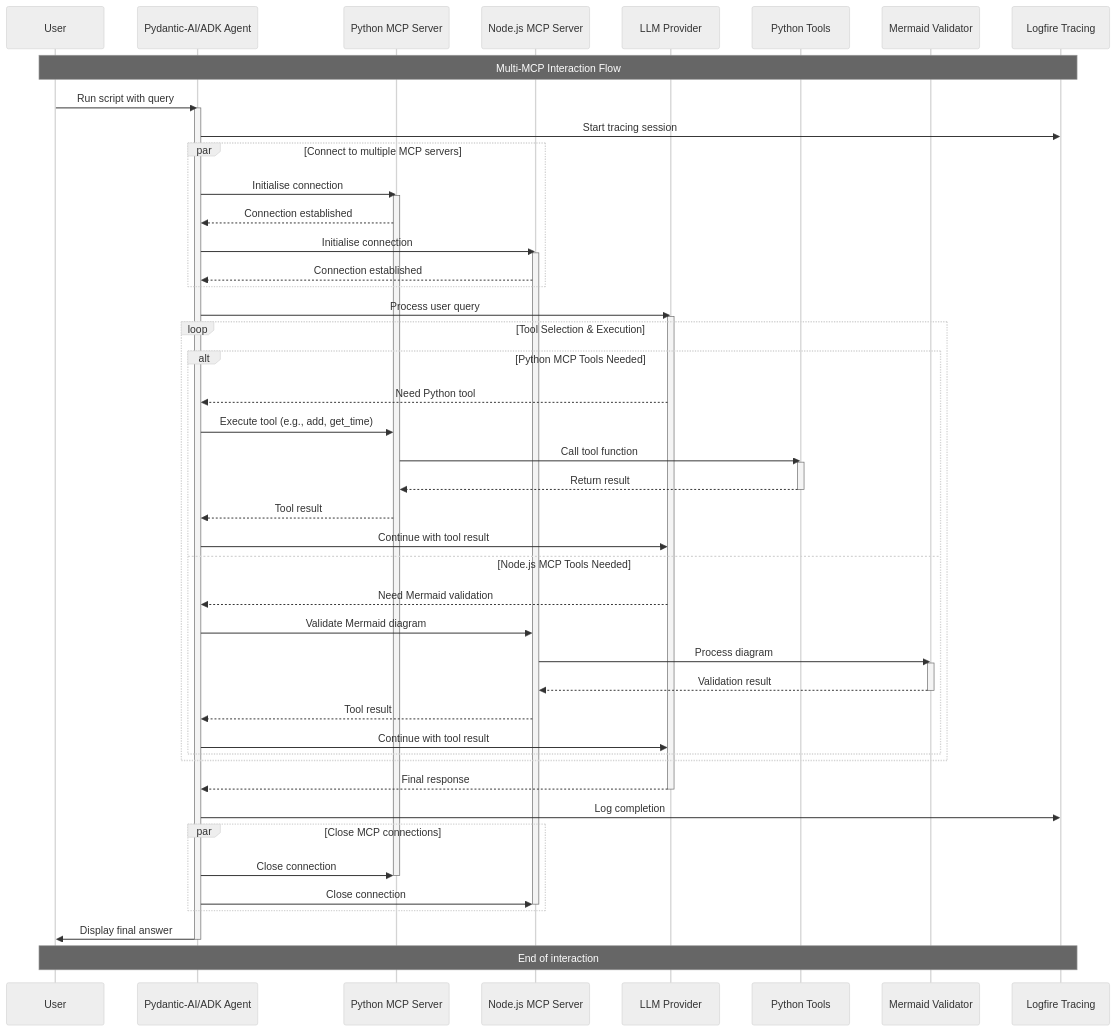
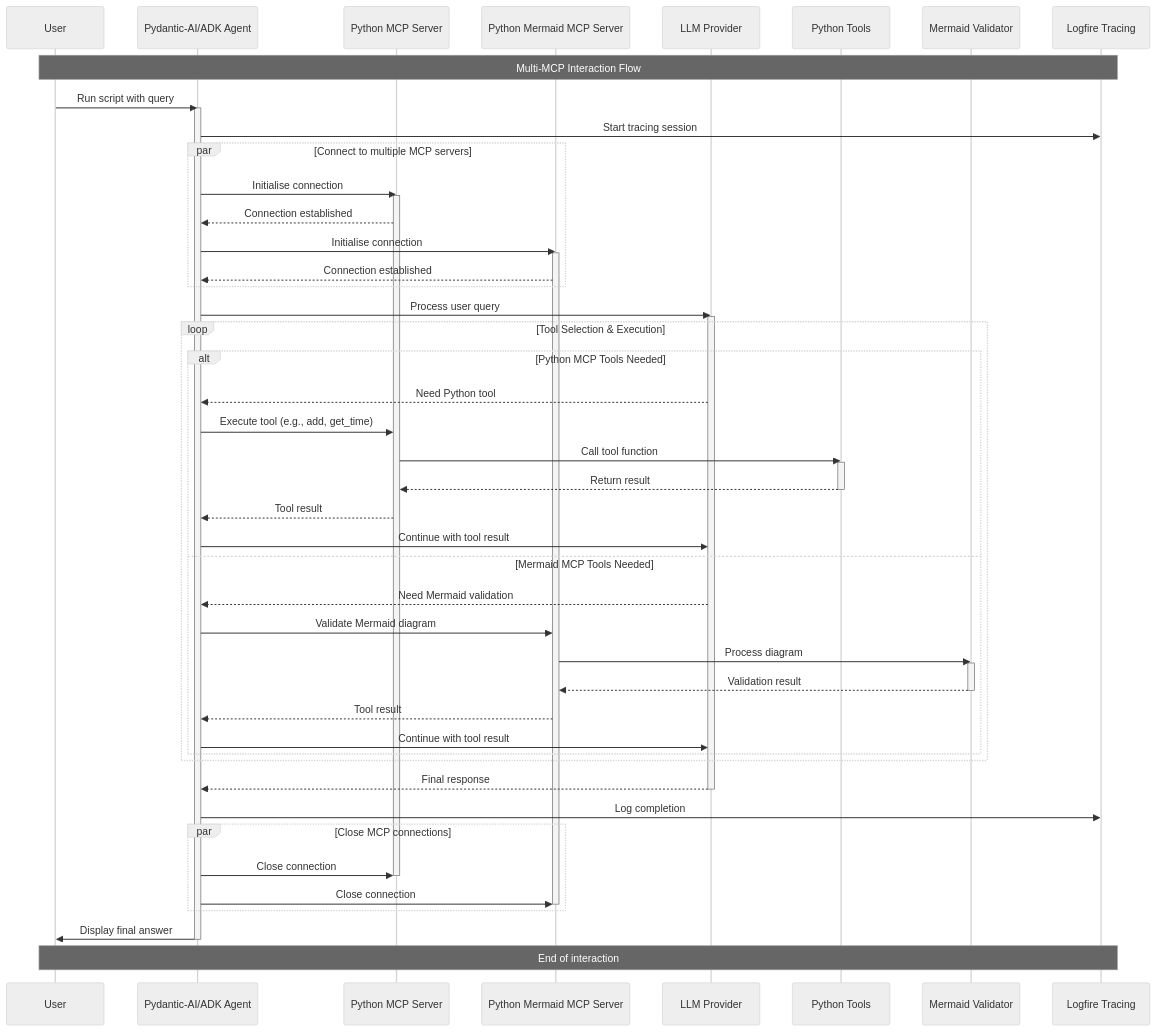
One commit to andrewginns/agents-mcp-usage changed the second of 2 diagrams in agents_mcp_usage/multi_mcp/README.md. Above: the diagram before and after it, drawn with Mermaid (neutral theme). The commit also changed other lines of this file and 11 other files, not shown here.

Commit message:
chore: Update README and examples to reflect new Python MCP server structure and usage

````diff
--- a/agents_mcp_usage/multi_mcp/README.md
+++ b/agents_mcp_usage/multi_mcp/README.md
@@ -96,70 +96,70 @@
 ```mermaid
 sequenceDiagram
     participant User
     participant Agent as Pydantic-AI/ADK Agent
     participant PyMCP as Python MCP Server
-    participant NodeMCP as Node.js MCP Server
+    participant MermaidMCP as Python Mermaid MCP Server
     participant LLM as LLM Provider
     participant PyTools as Python Tools
-    participant NodeTools as Mermaid Validator
+    participant MermaidTools as Mermaid Validator
     participant Logfire as Logfire Tracing
     
     Note over User,Logfire: Multi-MCP Interaction Flow
     
     User->>Agent: Run script with query
     
     activate Agent
     Agent->>Logfire: Start tracing session
     
     par Connect to multiple MCP servers
         Agent->>PyMCP: Initialise connection
         activate PyMCP
         PyMCP-->>Agent: Connection established
         
-        Agent->>NodeMCP: Initialise connection
-        activate NodeMCP
-        NodeMCP-->>Agent: Connection established
+        Agent->>MermaidMCP: Initialise connection
+        activate MermaidMCP
+        MermaidMCP-->>Agent: Connection established
     end
     
     Agent->>LLM: Process user query
     activate LLM
     
     loop Tool Selection & Execution
         alt Python MCP Tools Needed
             LLM-->>Agent: Need Python tool
             Agent->>PyMCP: Execute tool (e.g., add, get_time)
             PyMCP->>PyTools: Call tool function
             activate PyTools
             PyTools-->>PyMCP: Return result
             deactivate PyTools
             PyMCP-->>Agent: Tool result
             Agent->>LLM: Continue with tool result
-        else Node.js MCP Tools Needed
+        else Mermaid MCP Tools Needed
             LLM-->>Agent: Need Mermaid validation
-            Agent->>NodeMCP: Validate Mermaid diagram
-            NodeMCP->>NodeTools: Process diagram
-            activate NodeTools
-            NodeTools-->>NodeMCP: Validation result
-            deactivate NodeTools
-            NodeMCP-->>Agent: Tool result
+            Agent->>MermaidMCP: Validate Mermaid diagram
+            MermaidMCP->>MermaidTools: Process diagram
+            activate MermaidTools
+            MermaidTools-->>MermaidMCP: Validation result
+            deactivate MermaidTools
+            MermaidMCP-->>Agent: Tool result
             Agent->>LLM: Continue with tool result
         end
     end
     
     LLM-->>Agent: Final response
     deactivate LLM
     
     Agent->>Logfire: Log completion
     
     par Close MCP connections
         Agent->>PyMCP: Close connection
         deactivate PyMCP
-        Agent->>NodeMCP: Close connection
-        deactivate NodeMCP
+        Agent->>MermaidMCP: Close connection
+        deactivate MermaidMCP
     end
     
     Agent->>User: Display final answer
     deactivate Agent
     
     Note over User,Logfire: End of interaction
 ```
````
